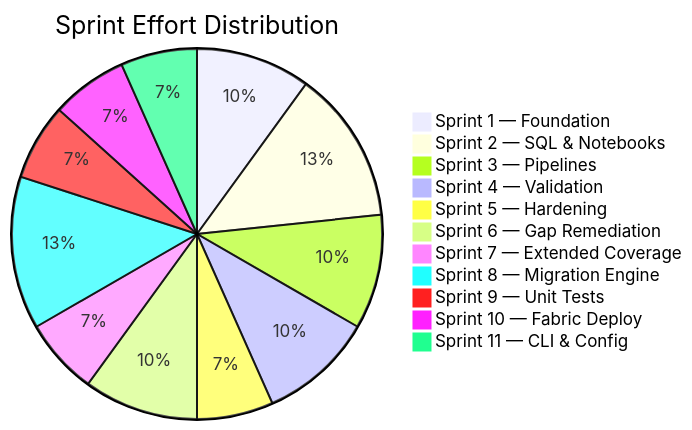
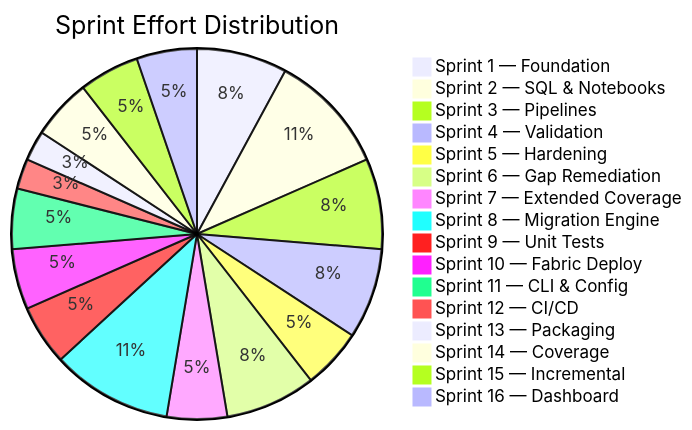
Before and after one commit to cyphou/InformaticaToFabric: the eighth of 8 diagrams in DEVELOPMENT_PLAN.md, drawn with Mermaid. The commit also changed other lines of this file and 17 other files, not shown here.

First line of the commit message:
Sprint 12-16: CI/CD, packaging, coverage, incremental migration, dashboard

````diff
--- a/DEVELOPMENT_PLAN.md
+++ b/DEVELOPMENT_PLAN.md
@@ -608,14 +710,19 @@
 ```mermaid
 pie title Sprint Effort Distribution
     "Sprint 1 — Foundation" : 15
     "Sprint 2 — SQL & Notebooks" : 20
     "Sprint 3 — Pipelines" : 15
     "Sprint 4 — Validation" : 15
     "Sprint 5 — Hardening" : 10
     "Sprint 6 — Gap Remediation" : 15
     "Sprint 7 — Extended Coverage" : 10
     "Sprint 8 — Migration Engine" : 20
     "Sprint 9 — Unit Tests" : 10
     "Sprint 10 — Fabric Deploy" : 10
     "Sprint 11 — CLI & Config" : 10
+    "Sprint 12 — CI/CD" : 5
+    "Sprint 13 — Packaging" : 5
+    "Sprint 14 — Coverage" : 10
+    "Sprint 15 — Incremental" : 10
+    "Sprint 16 — Dashboard" : 10
 ```
````
